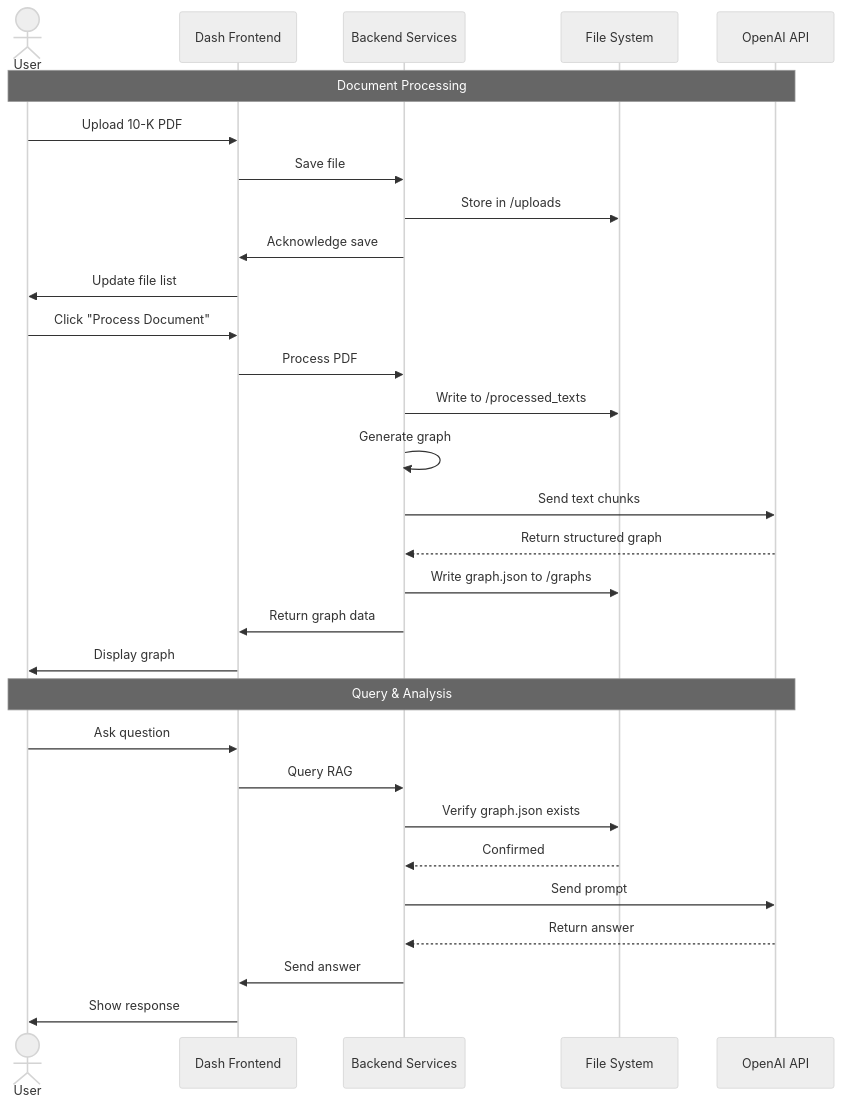
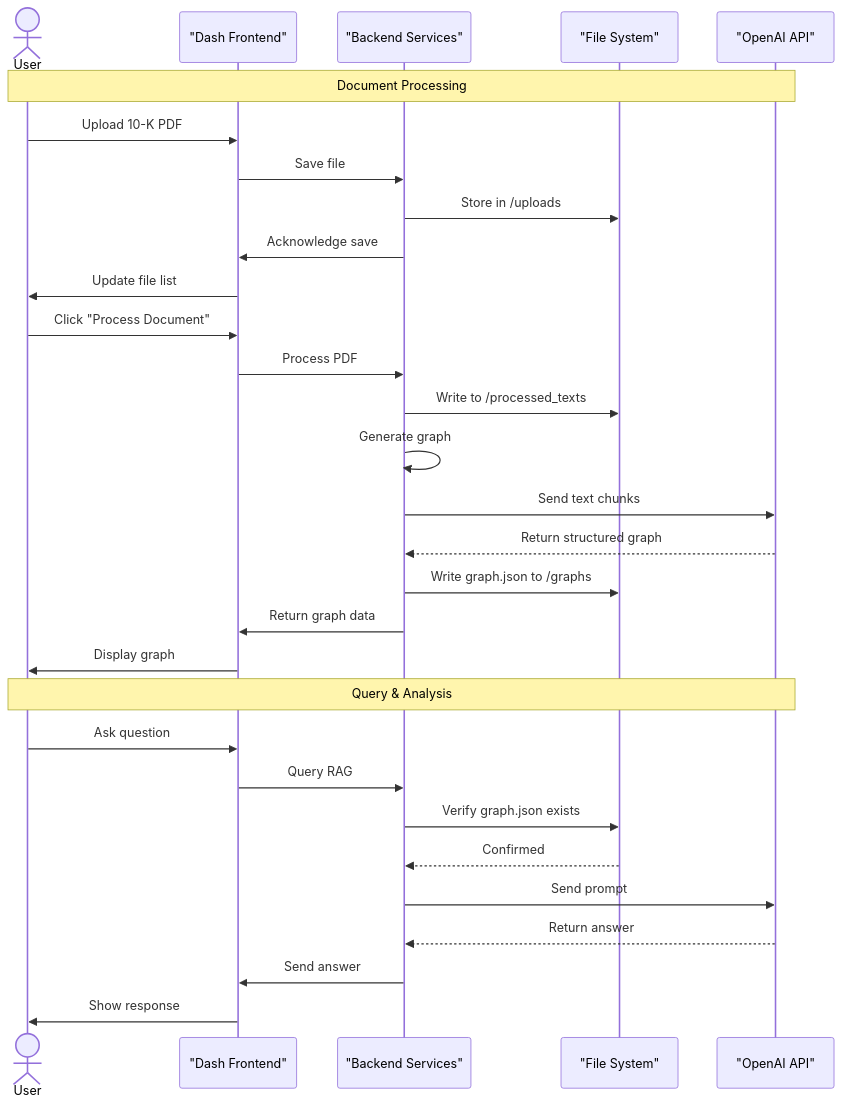
The second of 2 diagrams in README.md (Rogan-afk/Fom10k_Graph_RAG_Analyzer), drawn with Mermaid before and after one commit. The commit also changed other lines of this file, not shown here.

````diff
--- a/README.md
+++ b/README.md
@@ -125,36 +115,35 @@
 ```mermaid
-%%{init: {"theme": "neutral"}}%%
 sequenceDiagram
     actor User
-    participant App as Dash Frontend
-    participant S as Backend Services
-    participant Cache as File System
-    participant OpenAI as OpenAI API
+    participant App as "Dash Frontend"
+    participant S as "Backend Services"
+    participant Cache as "File System"
+    participant OpenAI as "OpenAI API"
 
     Note over User,OpenAI: Document Processing
     User->>App: Upload 10-K PDF
     App->>S: Save file
     S->>Cache: Store in /uploads
     S->>App: Acknowledge save
     App->>User: Update file list
 
     User->>App: Click "Process Document"
     App->>S: Process PDF
     S->>Cache: Write to /processed_texts
     S->>S: Generate graph
     S->>OpenAI: Send text chunks
     OpenAI-->>S: Return structured graph
     S->>Cache: Write graph.json to /graphs
     S->>App: Return graph data
     App->>User: Display graph
 
     Note over User,OpenAI: Query & Analysis
     User->>App: Ask question
     App->>S: Query RAG
     S->>Cache: Verify graph.json exists
     Cache-->>S: Confirmed
     S->>OpenAI: Send prompt
     OpenAI-->>S: Return answer
     S->>App: Send answer
     App->>User: Show response
 ```
````
